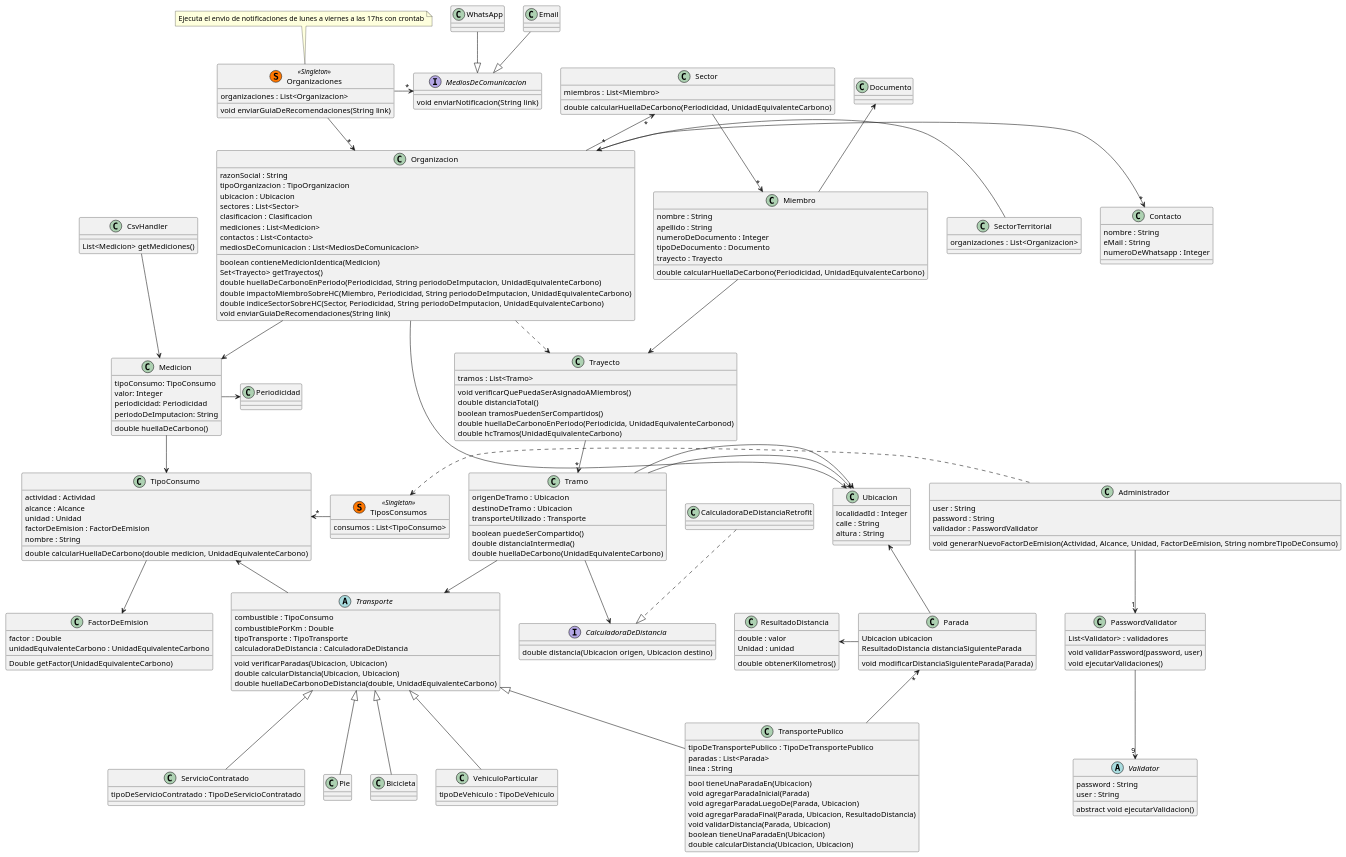
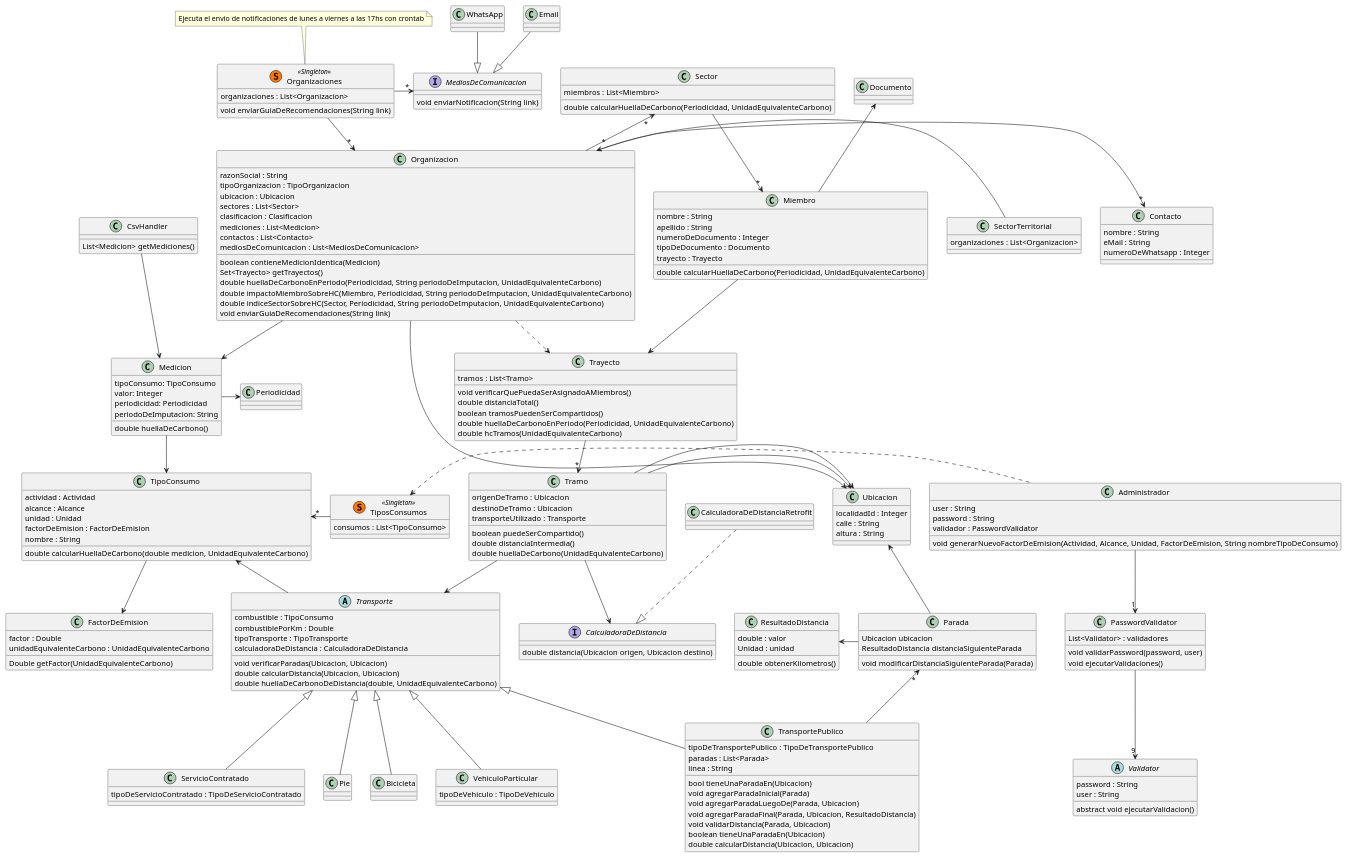
The diagram in Diagrama-simplificado.puml (mbeorlegui/tpa-dds-2022), drawn with PlantUML before and after one commit. The commit also changed 1 other file, not shown here.

Commit message:
Corrijo typo en Diagrama Simplificado

```diff
--- a/Diagrama-simplificado.puml
+++ b/Diagrama-simplificado.puml
@@ -162,7 +162,7 @@
   void verificarQuePuedaSerAsignadoAMiembros()
   double distanciaTotal()
   boolean tramosPuedenSerCompartidos()
-  double huellaDeCarbonoEnPeriodo(Periodicida, UnidadEquivalenteCarbonod)
+  double huellaDeCarbonoEnPeriodo(Periodicidad, UnidadEquivalenteCarbono)
   double hcTramos(UnidadEquivalenteCarbono)
 }
 ' verificarQuePuedaSerAsignadoAMiembros -> llama para cada tramo al validarTramoCompartido
```
